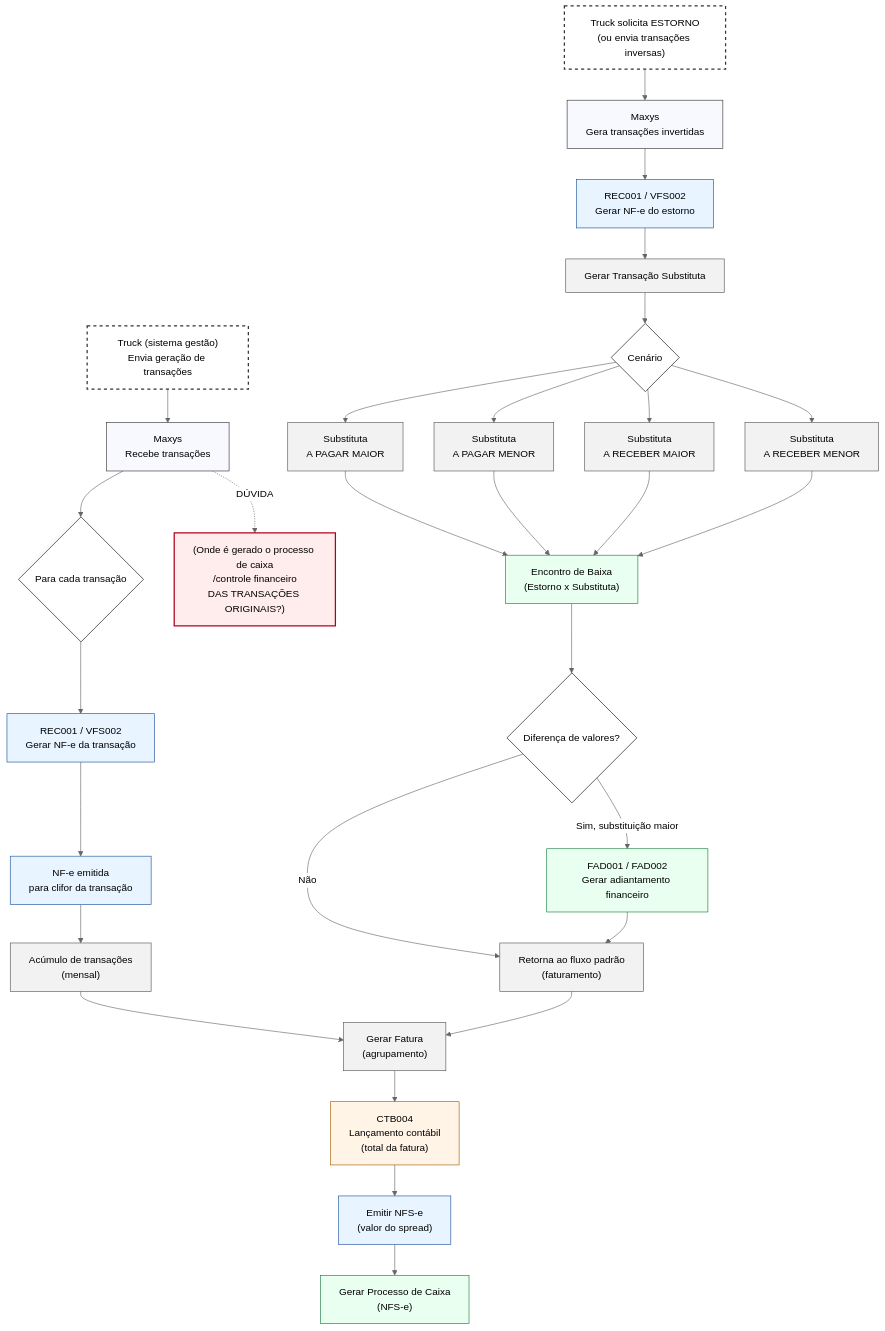
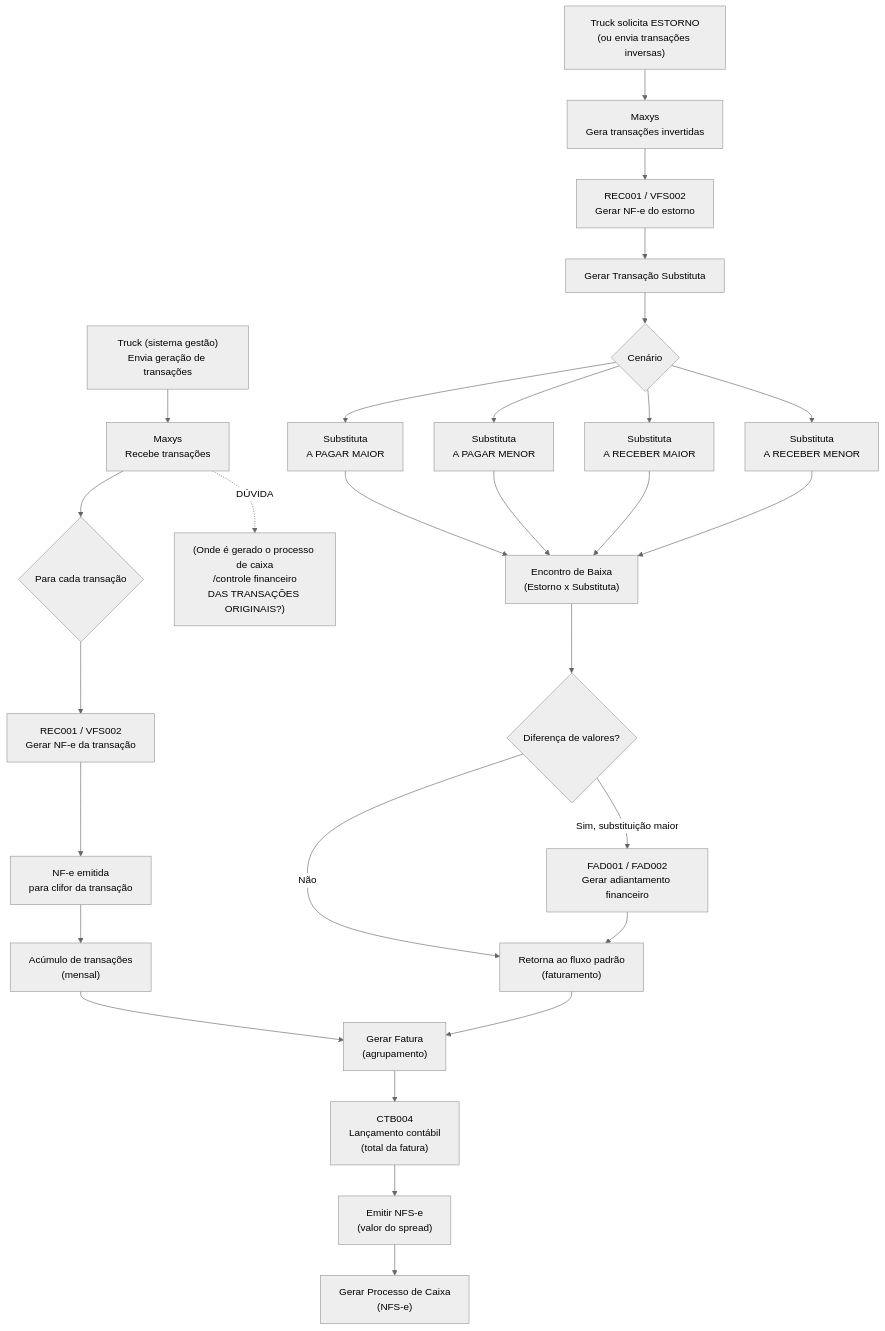
One commit to squadtransporte/Documentacao_Transvale changed the first of 2 diagrams in Integracao_TVALE.md. Above: the diagram before and after it, drawn with Mermaid (neutral theme).

````diff
--- a/Integracao_TVALE.md
+++ b/Integracao_TVALE.md
@@ -3,61 +3,50 @@
 ```mermaid
 flowchart TD
     %% =========================
     %% FLUXO PADRÃO (PRINCIPAL)
     %% =========================
     A["Truck (sistema gestão)<br/>Envia geração de transações"]:::ext --> B["Maxys<br/>Recebe transações"]:::sys
 
     B --> C{Para cada transação}:::dec
     C --> D["REC001 / VFS002<br/>Gerar NF-e da transação"]:::fiscal
     D --> E["NF-e emitida<br/>para clifor da transação"]:::fiscal
 
     E --> F["Acúmulo de transações<br/>(mensal)"]:::proc
     F --> G["Gerar Fatura<br/>(agrupamento)"]:::proc
     G --> H["CTB004<br/>Lançamento contábil<br/>(total da fatura)"]:::contabil
     H --> I["Emitir NFS-e<br/>(valor do spread)"]:::fiscal
     I --> J["Gerar Processo de Caixa<br/>(NFS-e)"]:::fin
 
     %% Lacuna do fluxo
     B -. DÚVIDA .-> L["(Onde é gerado o processo de caixa<br/>/controle financeiro<br/>DAS TRANSAÇÕES ORIGINAIS?)"]:::lacuna
 
     %% =========================
     %% FLUXO DE ESTORNO
     %% =========================
     A2["Truck solicita ESTORNO<br/>(ou envia transações inversas)"]:::ext --> B2["Maxys<br/>Gera transações invertidas"]:::sys
     B2 --> C2["REC001 / VFS002<br/>Gerar NF-e do estorno"]:::fiscal
 
     %% =========================
     %% FLUXO DE SUBSTITUIÇÃO
     %% =========================
     C2 --> S[Gerar Transação Substituta]:::proc
     S --> T{Cenário}:::dec
     T --> T1["Substituta<br/>A PAGAR MAIOR"]:::proc
     T --> T2["Substituta<br/>A PAGAR MENOR"]:::proc
     T --> T3["Substituta<br/>A RECEBER MAIOR"]:::proc
     T --> T4["Substituta<br/>A RECEBER MENOR"]:::proc
 
     T1 --> U["Encontro de Baixa<br/>(Estorno x Substituta)"]:::fin
     T2 --> U
     T3 --> U
     T4 --> U
 
     U --> V{Diferença de valores?}:::dec
     V -->|Não| W["Retorna ao fluxo padrão<br/>(faturamento)"]:::proc
     V -->|Sim, substituição maior| X["FAD001 / FAD002<br/>Gerar adiantamento financeiro"]:::fin
     X --> W
 
     %% retorno ao fluxo principal
     W --> G
 
-    %% =========================
-    %% STYLES
-    %% =========================
-    classDef ext fill:#fff,stroke:#333,stroke-width:2px,stroke-dasharray: 5 5;
-    classDef sys fill:#f8f8ff,stroke:#333,stroke-width:1px;
-    classDef fiscal fill:#e8f4ff,stroke:#1b4f9c,stroke-width:1px;
-    classDef contabil fill:#fff4e6,stroke:#a35b00,stroke-width:1px;
-    classDef fin fill:#e9fff0,stroke:#157a3d,stroke-width:1px;
-    classDef proc fill:#f2f2f2,stroke:#555,stroke-width:1px;
-    classDef dec fill:#ffffff,stroke:#000,stroke-width:1px;
-    classDef lacuna fill:#ffecec,stroke:#b00020,stroke-width:2px;
 ```
````
